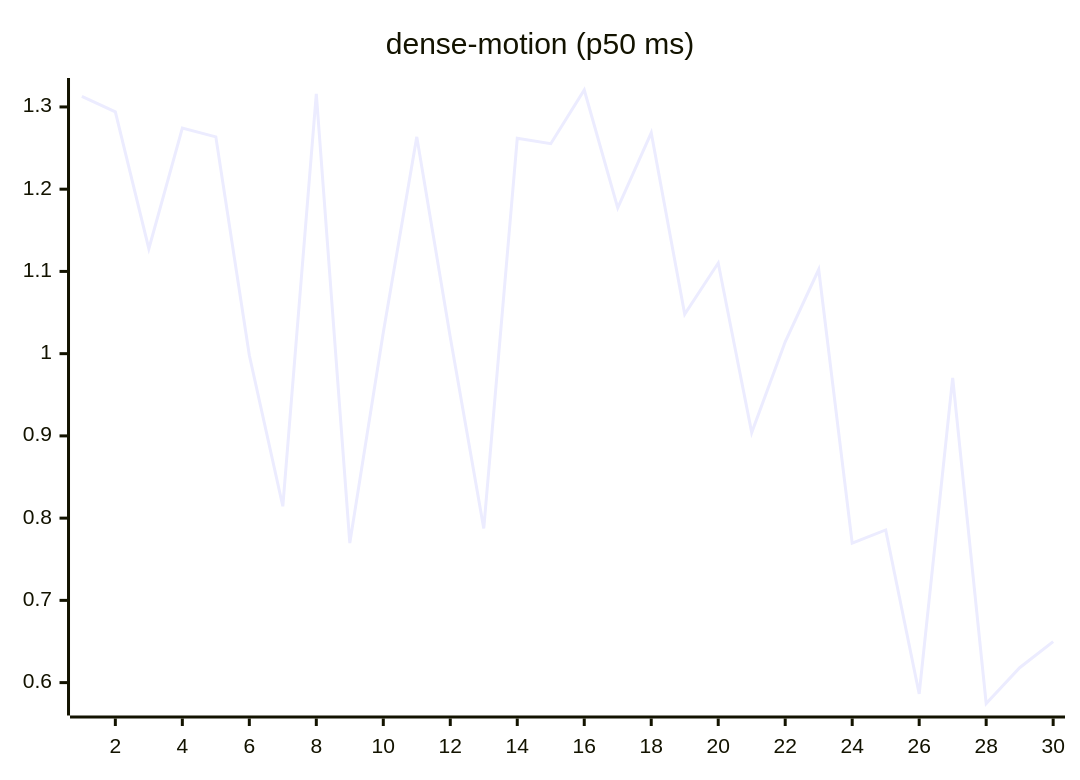
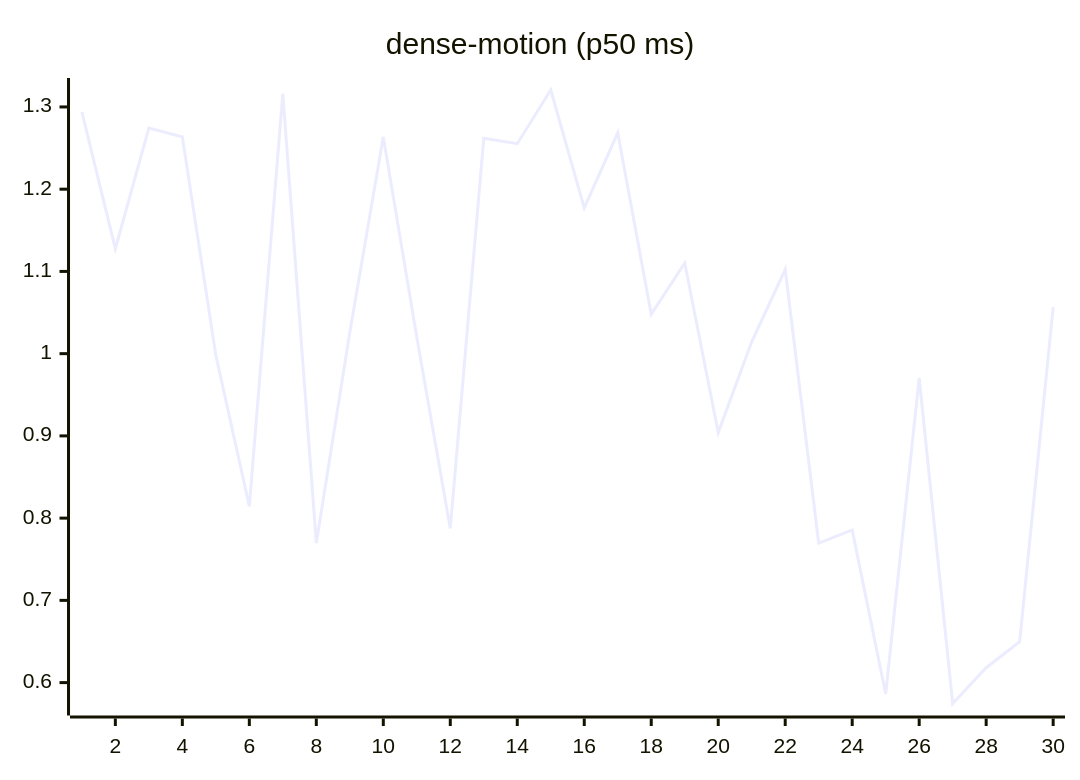
The ninth of 27 diagrams in README.md (josha/Facet), drawn with Mermaid before and after one commit. The commit also changed other lines of this file and 2 other files, not shown here.

````diff
--- a/README.md
+++ b/README.md
@@ -119,6 +119,6 @@
 ```mermaid
 xychart-beta
     title "dense-motion (p50 ms)"
     x-axis 1 --> 30
-    line [1.3128, 1.2940, 1.1276, 1.2742, 1.2636, 0.9981, 0.8144, 1.3160, 0.7697, 1.0258, 1.2636, 1.0200, 0.7874, 1.2619, 1.2553, 1.3206, 1.1772, 1.2685, 1.0480, 1.1102, 0.9040, 1.0144, 1.1023, 0.7695, 0.7856, 0.5862, 0.9706, 0.5746, 0.6181, 0.6498]
+    line [1.2940, 1.1276, 1.2742, 1.2636, 0.9981, 0.8144, 1.3160, 0.7697, 1.0258, 1.2636, 1.0200, 0.7874, 1.2619, 1.2553, 1.3206, 1.1772, 1.2685, 1.0480, 1.1102, 0.9040, 1.0144, 1.1023, 0.7695, 0.7856, 0.5862, 0.9706, 0.5746, 0.6181, 0.6498, 1.0567]
 ```
````
